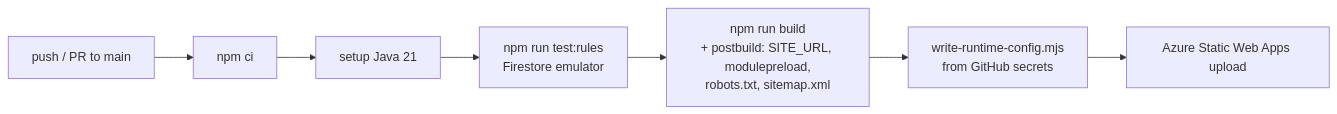
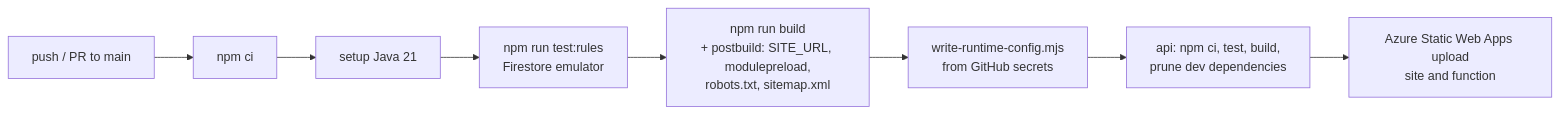
The first of 2 diagrams in docs/architecture/deployment.md (RaviAkhouri30/taalyatra), drawn with Mermaid before and after one commit. The commit also changed other lines of this file and 11 other files, not shown here.

First line of the commit message:
docs(media): ADR-0017, architecture diagrams and 1.7.0 changelog

````diff
--- a/docs/architecture/deployment.md
+++ b/docs/architecture/deployment.md
@@ -61,9 +71,10 @@
 ```mermaid
 flowchart LR
   P[push / PR to main] --> I[npm ci]
   I --> J[setup Java 21]
   J --> R[npm run test:rules<br/>Firestore emulator]
   R --> B[npm run build<br/>+ postbuild: SITE_URL, modulepreload,<br/>robots.txt, sitemap.xml]
   B --> C[write-runtime-config.mjs<br/>from GitHub secrets]
-  C --> D[Azure Static Web Apps upload]
+  C --> A[api: npm ci, test, build,<br/>prune dev dependencies]
+  A --> D[Azure Static Web Apps upload<br/>site and function]
 ```
````
